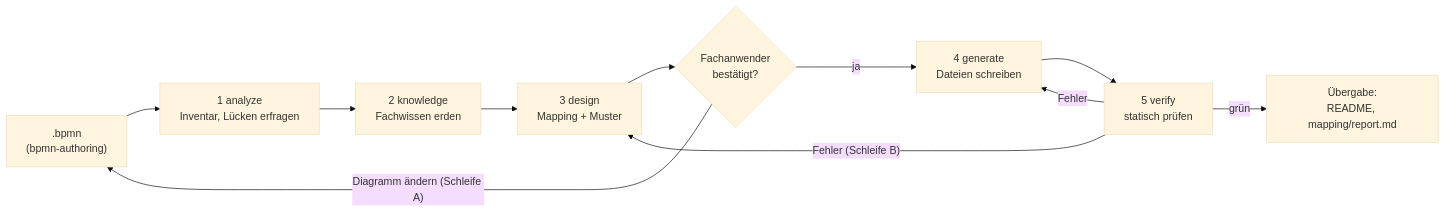
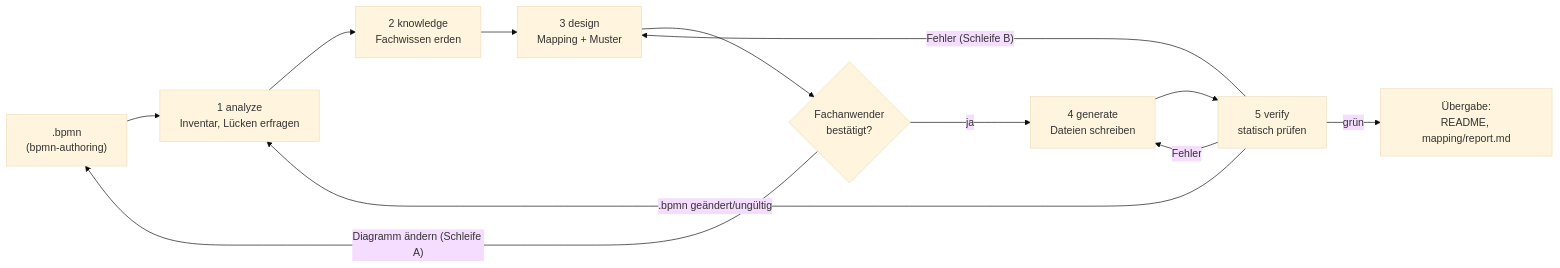
The diagram in ARCHITECTURE.md (Cofinpro/FlowForge), drawn with Mermaid (base theme) before and after one commit. The commit also changed other lines of this file and 32 other files, not shown here.

````diff
--- a/ARCHITECTURE.md
+++ b/ARCHITECTURE.md
@@ -15,13 +15,14 @@
 ```mermaid
 flowchart LR
   B[".bpmn<br/>(bpmn-authoring)"] --> A["1 analyze<br/>Inventar, Lücken erfragen"]
   A --> K["2 knowledge<br/>Fachwissen erden"]
   K --> D["3 design<br/>Mapping + Muster"]
   D --> C{"Fachanwender<br/>bestätigt?"}
   C -- ja --> G["4 generate<br/>Dateien schreiben"]
   C -- "Diagramm ändern (Schleife A)" --> B
   G --> V["5 verify<br/>statisch prüfen"]
   V -- "Fehler (Schleife B)" --> D
   V -- Fehler --> G
+  V -- ".bpmn geändert/ungültig" --> A
   V -- grün --> H["Übergabe:<br/>README, mapping/report.md"]
 ```
````
